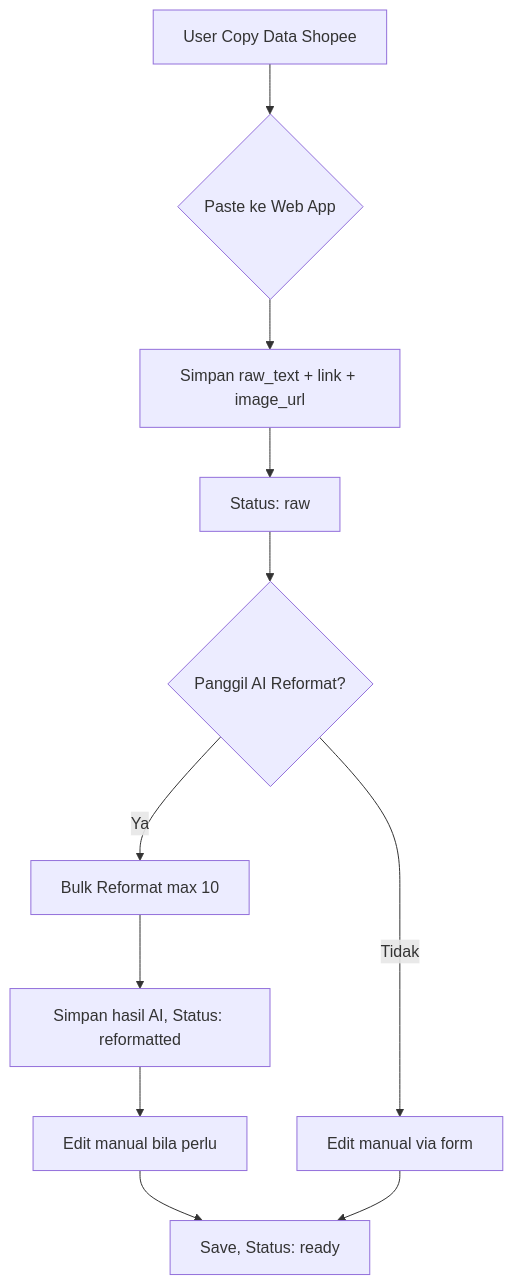
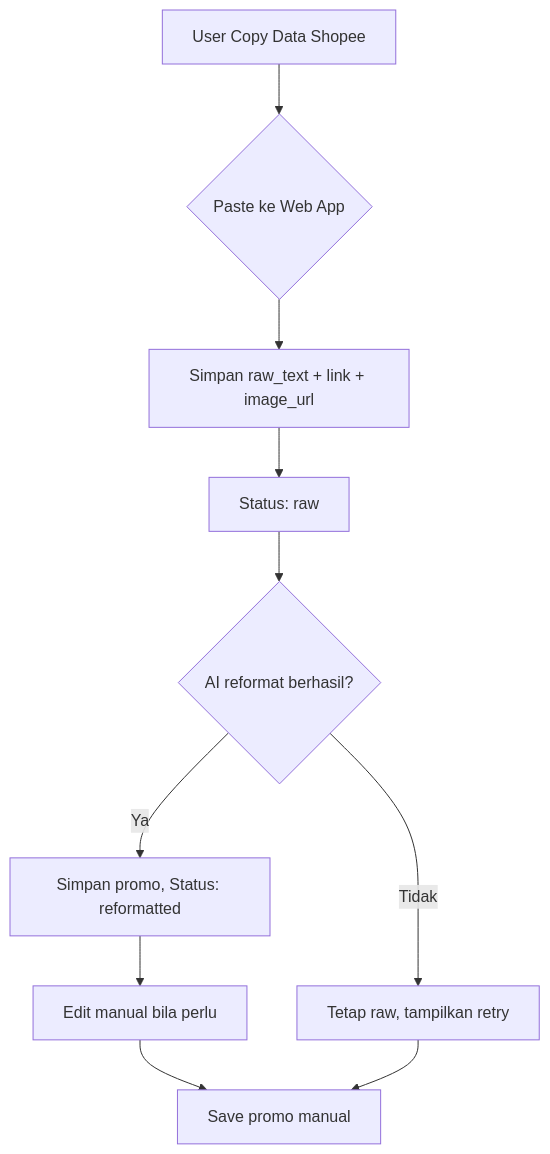
Before and after one commit to nunutech40/affilatorshopee: the second of 5 diagrams in docs/PRD.md, drawn with Mermaid. The commit also changed other lines of this file and 41 other files, not shown here.

````diff
--- a/docs/PRD.md
+++ b/docs/PRD.md
@@ -77,13 +76,12 @@
 ```mermaid
 flowchart TD
     A[User Copy Data Shopee] --> B{Paste ke Web App}
     B --> C[Simpan raw_text + link + image_url]
     C --> D[Status: raw]
-    D --> E{Panggil AI Reformat?}
-    E -->|Ya| F[Bulk Reformat max 10]
-    F --> G[Simpan hasil AI, Status: reformatted]
-    G --> H[Edit manual bila perlu]
-    H --> I[Save, Status: ready]
-    E -->|Tidak| J[Edit manual via form]
-    J --> I
+    D --> E{AI reformat berhasil?}
+    E -->|Ya| F[Simpan promo, Status: reformatted]
+    F --> G[Edit manual bila perlu]
+    E -->|Tidak| H[Tetap raw, tampilkan retry]
+    G --> I[Save promo manual]
+    H --> I
 ```
````
